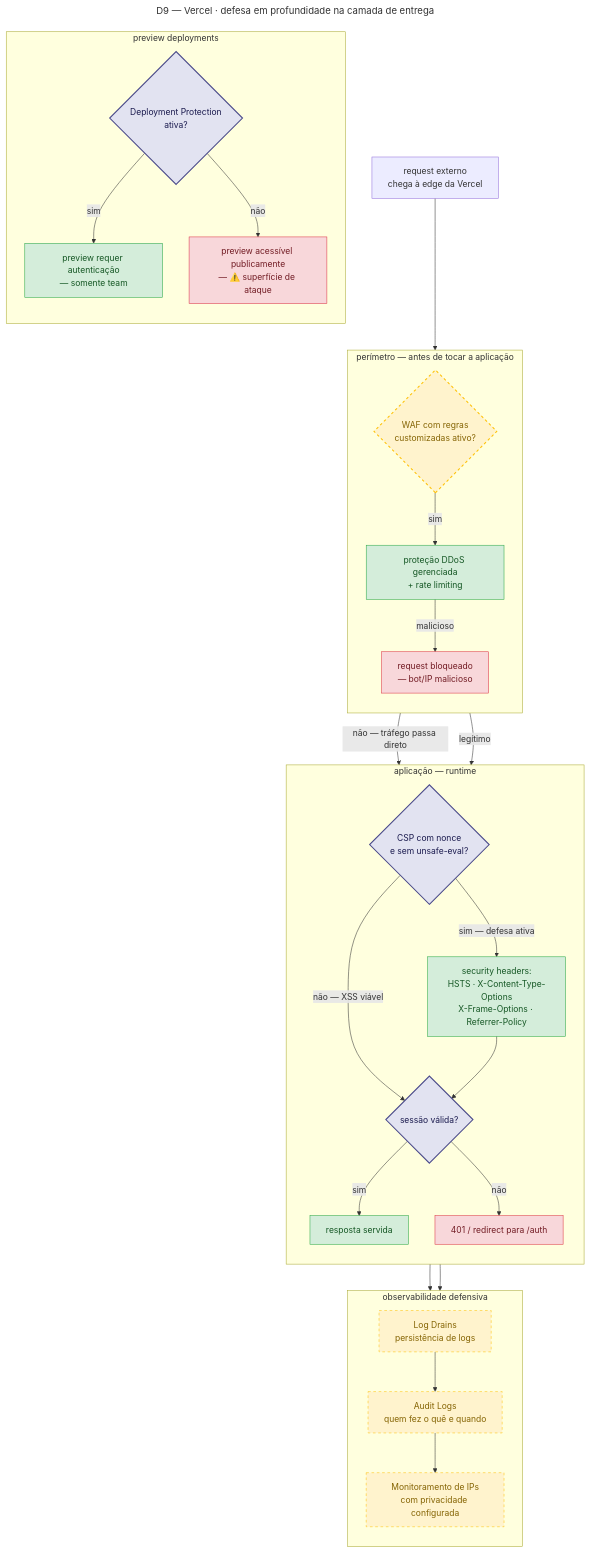
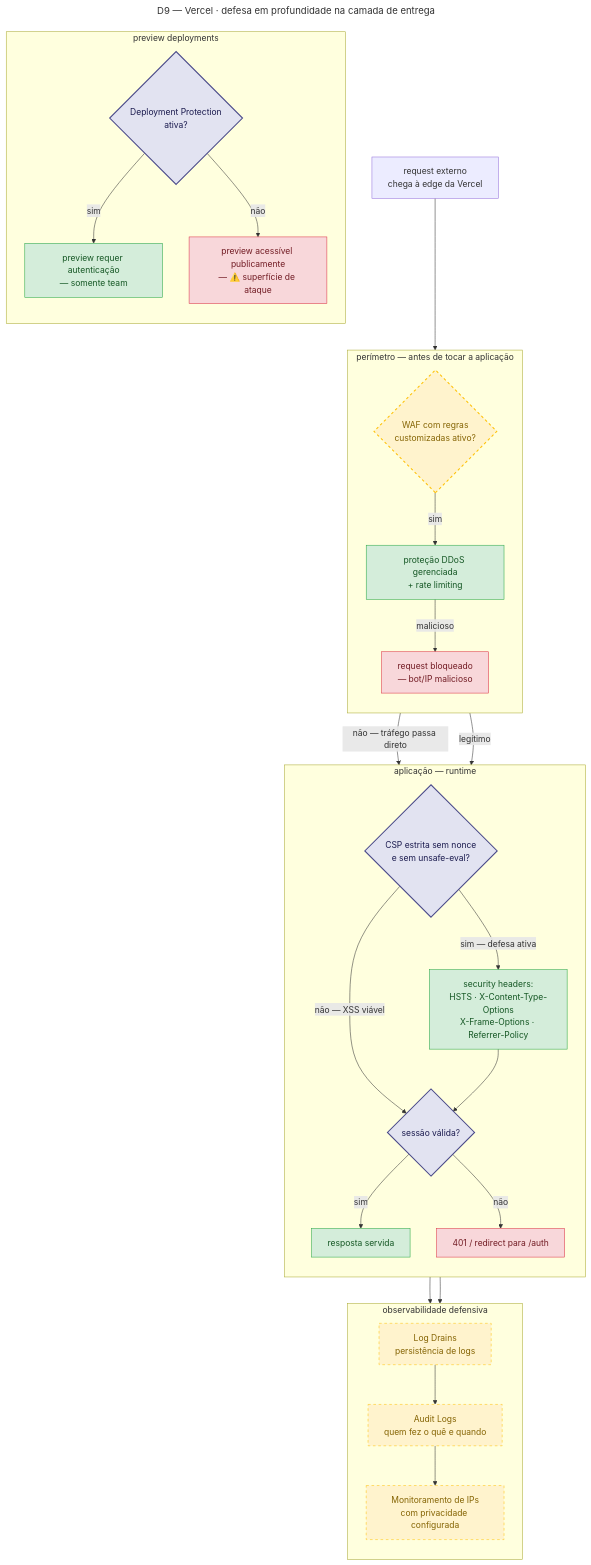
Before and after one commit to Douglas0101/preco-que-da-lucro: the ninth of 10 diagrams in docs/MAPA-OPERACIONAL.md, drawn with Mermaid. The commit also changed other lines of this file and 357 other files, not shown here.

````diff
--- a/docs/MAPA-OPERACIONAL.md
+++ b/docs/MAPA-OPERACIONAL.md
@@ -590,70 +595,70 @@
 ```mermaid
 ---
 title: "D9 — Vercel · defesa em profundidade na camada de entrega"
 ---
 flowchart TD
     %% Cada losango é um controle que a entrega EXIGE antes da promoção.
     %% D1 mostrou o fluxo operacional; este mostra o fluxo defensivo.
     %% Controles marcados "a verificar" exigem confirmação no painel/API — não presumir.
 
     REQ["request externo<br/>chega à edge da Vercel"]
 
     subgraph PERIMETRO["perímetro — antes de tocar a aplicação"]
         direction TB
         WAF{"WAF com regras<br/>customizadas ativo?"}
         DDOS["proteção DDoS gerenciada<br/>+ rate limiting"]
         BLOCK["request bloqueado<br/>— bot/IP malicioso"]
     end
 
     subgraph APLICACAO["aplicação — runtime"]
         direction TB
-        CSP{"CSP com nonce<br/>e sem unsafe-eval?"}
+        CSP{"CSP estrita sem nonce<br/>e sem unsafe-eval?"}
         HEADERS["security headers:<br/>HSTS · X-Content-Type-Options<br/>X-Frame-Options · Referrer-Policy"]
         AUTH{"sessão válida?"}
         DENY["401 / redirect para /auth"]
         SERVE["resposta servida"]
     end
 
     subgraph PREVIEW["preview deployments"]
         direction TB
         DEP_PROT{"Deployment Protection<br/>ativa?"}
         PREVIEW_PUB["preview acessível publicamente<br/>— ⚠️ superfície de ataque"]
         PREVIEW_PRIV["preview requer autenticação<br/>— somente team"]
     end
 
     subgraph AUDITORIA["observabilidade defensiva"]
         direction TB
         LOGS["Log Drains<br/>persistência de logs"]
         AUDIT["Audit Logs<br/>quem fez o quê e quando"]
         MONITOR["Monitoramento de IPs<br/>com privacidade configurada"]
     end
 
     REQ --> WAF
     WAF -->|"sim"| DDOS
     WAF -->|"não — tráfego passa direto"| CSP
     DDOS -->|"legítimo"| CSP
     DDOS -->|"malicioso"| BLOCK
     CSP -->|"sim — defesa ativa"| HEADERS
     CSP -->|"não — XSS viável"| AUTH
     HEADERS --> AUTH
     AUTH -->|"sim"| SERVE
     AUTH -->|"não"| DENY
     DEP_PROT -->|"sim"| PREVIEW_PRIV
     DEP_PROT -->|"não"| PREVIEW_PUB
     SERVE --> LOGS
     DENY --> LOGS
     LOGS --> AUDIT
     AUDIT --> MONITOR
 
     classDef gateDefensivo fill:#e2e3f1,stroke:#4a4a8a,color:#1a1a4e,stroke-width:2px
     classDef seguro fill:#d4edda,stroke:#28a745,color:#155724
     classDef risco fill:#f8d7da,stroke:#dc3545,color:#721c24
     classDef auditoria fill:#d1ecf1,stroke:#0c5460,color:#0c5460
     classDef aVerificar fill:#fff3cd,stroke:#ffc107,color:#856404,stroke-dasharray:5 5
 
     class WAF,CSP,AUTH,DEP_PROT gateDefensivo
     class DDOS,HEADERS,SERVE,PREVIEW_PRIV seguro
     class BLOCK,DENY,PREVIEW_PUB risco
     class LOGS,AUDIT,MONITOR auditoria
     class WAF,LOGS,AUDIT,MONITOR aVerificar
 ```
````
